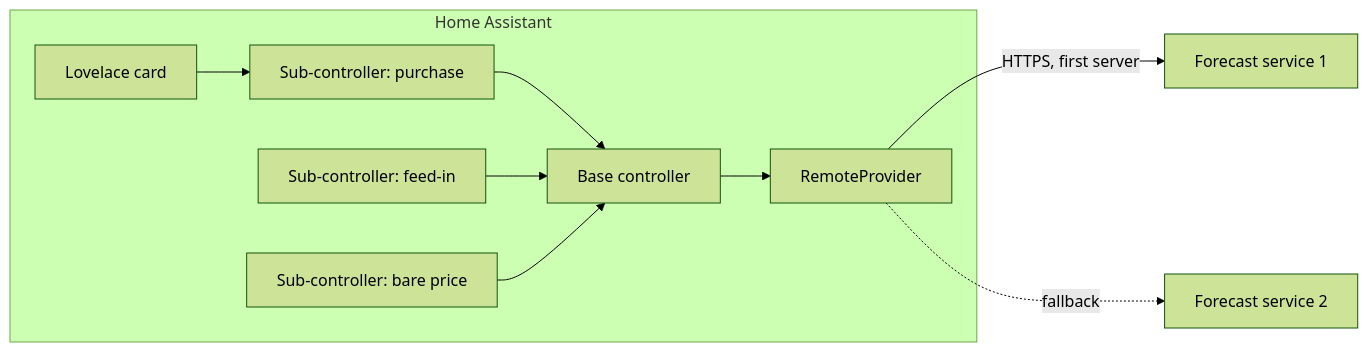
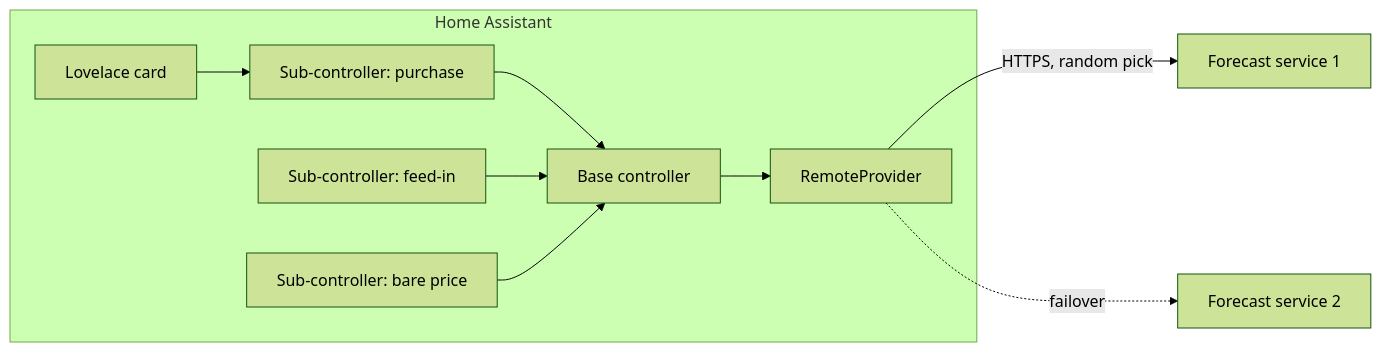
The diagram in docs/design/2026-11-26-architecture.md (abroeders/7day-ahead-price-forecast), drawn with Mermaid (forest theme) before and after one commit. The commit also changed other lines of this file and 1 other file, not shown here.

Commit message:
docs: random server choice with failover (#1)

````diff
--- a/docs/design/2026-11-26-architecture.md
+++ b/docs/design/2026-11-26-architecture.md
@@ -34,12 +34,12 @@
 ```mermaid
 flowchart LR
   subgraph HA[Home Assistant]
     BC[Base controller] --> RP[RemoteProvider]
     SC1[Sub-controller: purchase] --> BC
     SC2[Sub-controller: feed-in] --> BC
     SC3[Sub-controller: bare price] --> BC
     CARD[Lovelace card] --> SC1
   end
-  RP -->|HTTPS, first server| S1[Forecast service 1]
-  RP -.->|fallback| S2[Forecast service 2]
+  RP -->|HTTPS, random pick| S1[Forecast service 1]
+  RP -.->|failover| S2[Forecast service 2]
 ```
````
